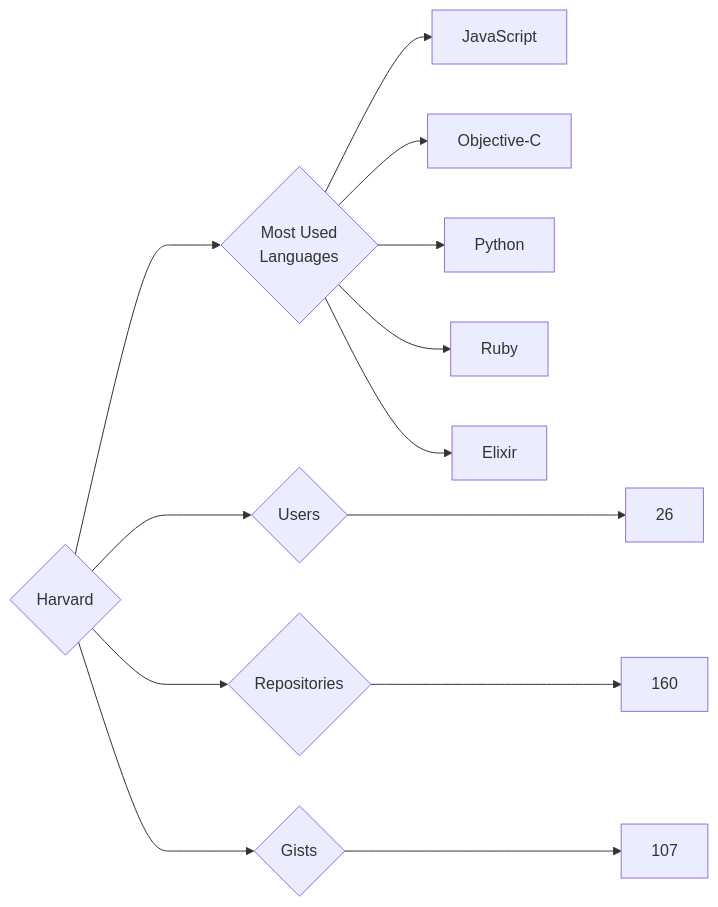
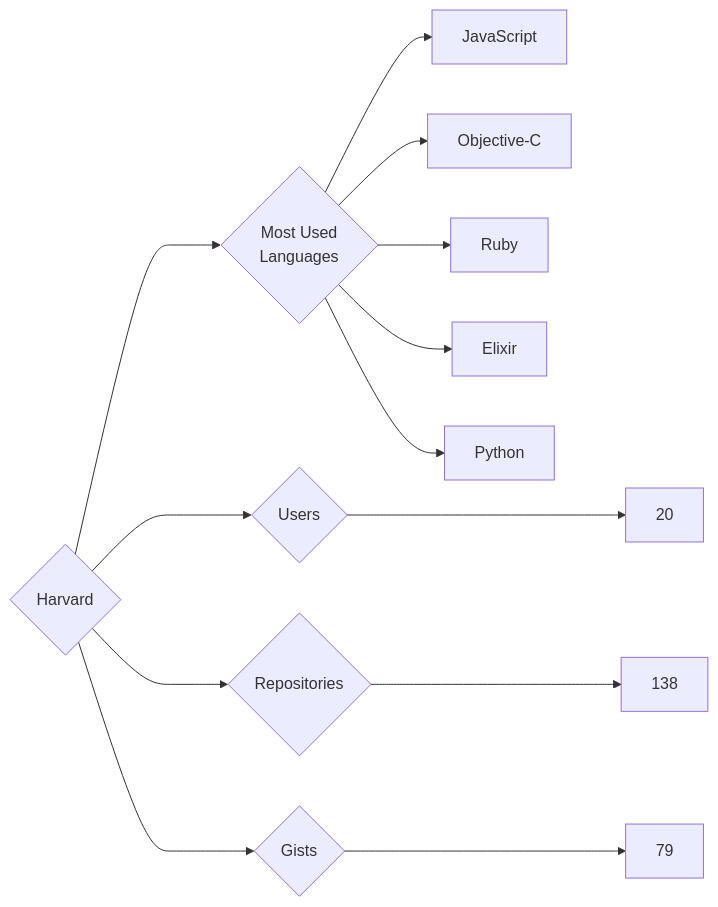
One commit to trickest/insiders changed the diagram in targets/Harvard/README.md. Above: the diagram before and after it, drawn with Mermaid. The commit also changed 845 other files, not shown here.

````diff
--- a/targets/Harvard/README.md
+++ b/targets/Harvard/README.md
@@ -3,13 +3,13 @@
 ```mermaid
 graph LR
 COMPANY_NAME{Harvard}
-COMPANY_NAME ---> U{Users} ---> UN[26]
-COMPANY_NAME ---> R{Repositories} ---> RN[160]
-COMPANY_NAME ---> G{Gists} ---> GN[107]
+COMPANY_NAME ---> U{Users} ---> UN[20]
+COMPANY_NAME ---> R{Repositories} ---> RN[138]
+COMPANY_NAME ---> G{Gists} ---> GN[79]
 COMPANY_NAME ---> ML{Most Used<br>Languages}
 ML --> JavaScript[JavaScript]
 ML --> Objective-C[Objective-C]
-ML --> Python[Python]
 ML --> Ruby[Ruby]
 ML --> Elixir[Elixir]
+ML --> Python[Python]
 ```
````
